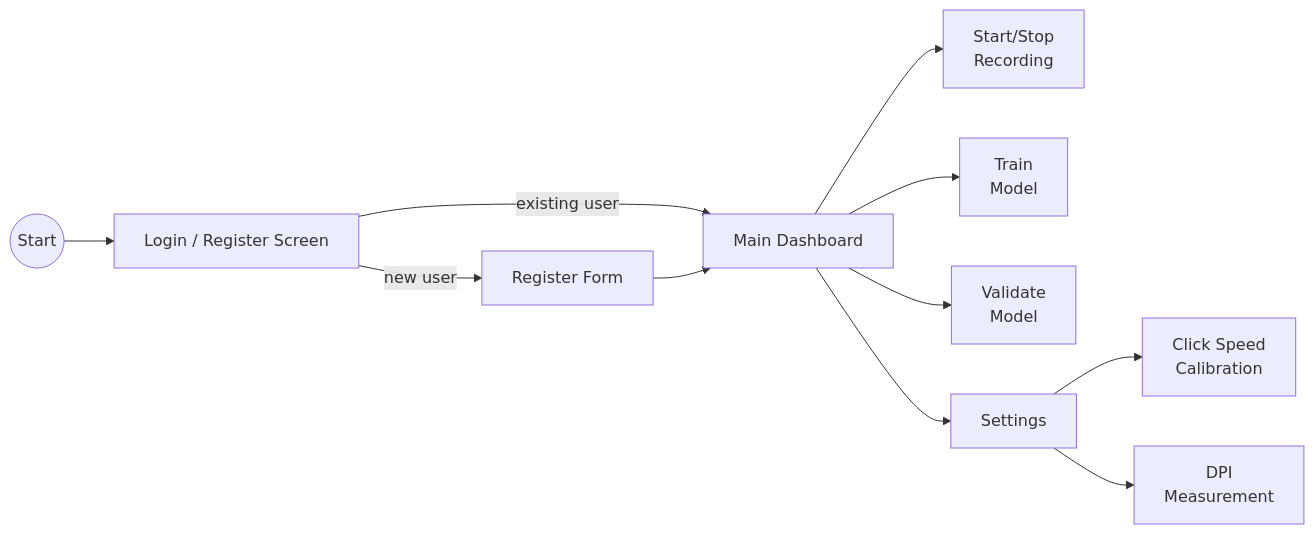
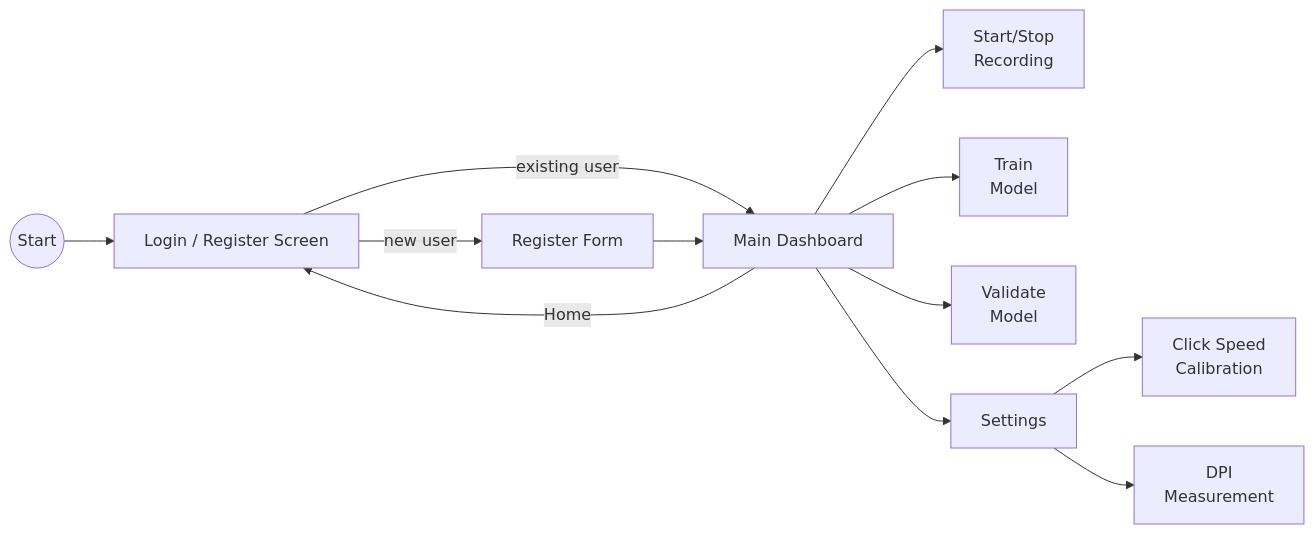
Before and after one commit to UVuruna/InputDNA: the diagram in gui/__gui.md, drawn with Mermaid. The commit also changed other lines of this file and 7 other files, not shown here.

````diff
--- a/gui/__gui.md
+++ b/gui/__gui.md
@@ -31,15 +31,16 @@
 ```mermaid
 flowchart LR
     START((Start)) --> LOGIN[Login / Register Screen]
     LOGIN -- "existing user" --> DASH[Main Dashboard]
     LOGIN -- "new user" --> REG[Register Form]
     REG --> DASH
 
+    DASH -- "Home" --> LOGIN
     DASH --> REC["Start/Stop\nRecording"]
     DASH --> TRAIN["Train\nModel"]
     DASH --> VAL["Validate\nModel"]
     DASH --> SETTINGS["Settings"]
 
     SETTINGS --> CAL_CLICK["Click Speed\nCalibration"]
     SETTINGS --> CAL_DPI["DPI\nMeasurement"]
 ```
````
